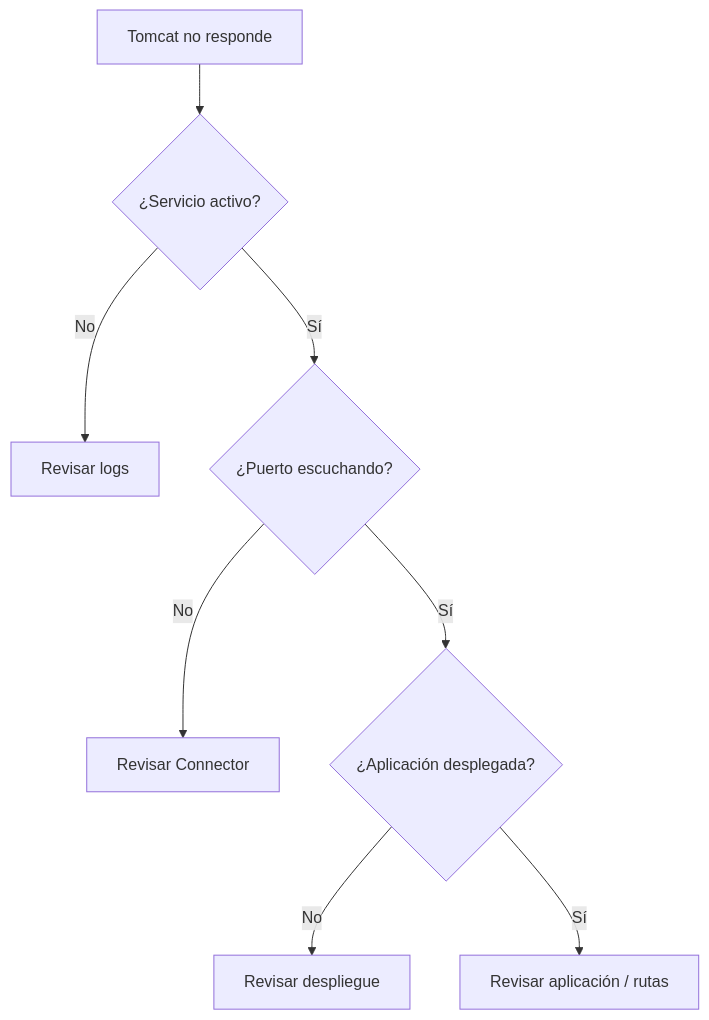
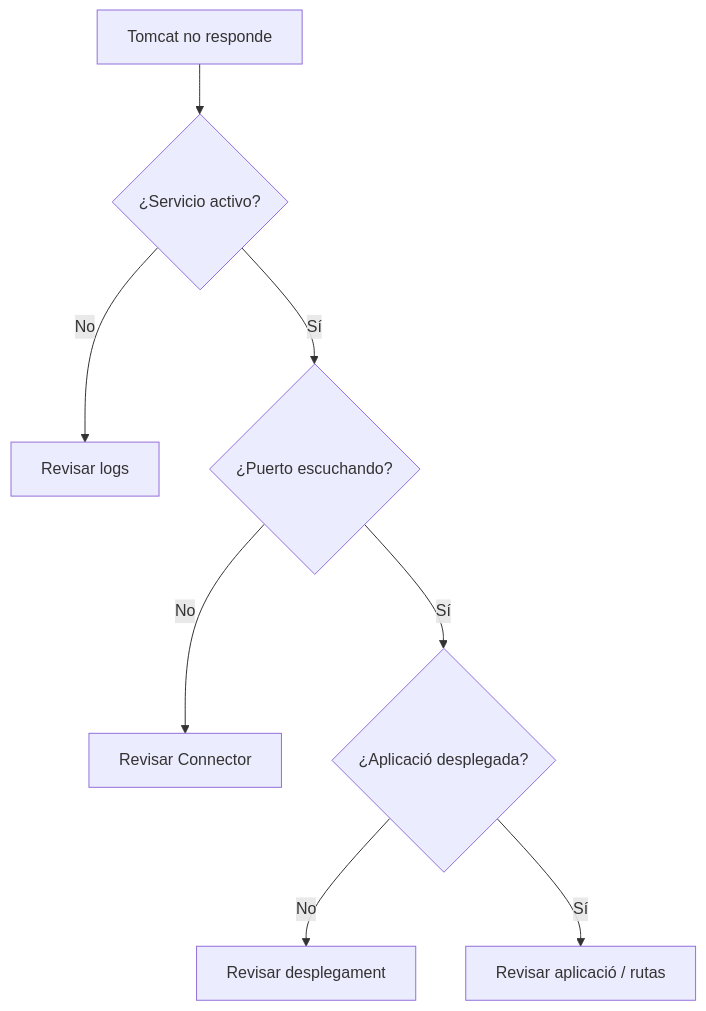
The fifth of 5 diagrams in docs/daw-daw/up3/02-configuracion-bibliotecas.md (jordicido/jordicina), drawn with Mermaid before and after one commit. The commit also changed other lines of this file and 10 other files, not shown here.

````diff
--- a/docs/daw-daw/up3/02-configuracion-bibliotecas.md
+++ b/docs/daw-daw/up3/02-configuracion-bibliotecas.md
@@ -506,10 +506,10 @@
 ```mermaid
 flowchart TD
     A["Tomcat no responde"] --> B{"¿Servicio activo?"}
     B -->|No| C["Revisar logs"]
     B -->|Sí| D{"¿Puerto escuchando?"}
     D -->|No| E["Revisar Connector"]
-    D -->|Sí| F{"¿Aplicación desplegada?"}
-    F -->|No| G["Revisar despliegue"]
-    F -->|Sí| H["Revisar aplicación / rutas"]
+    D -->|Sí| F{"¿Aplicació desplegada?"}
+    F -->|No| G["Revisar desplegament"]
+    F -->|Sí| H["Revisar aplicació / rutas"]
 ```
````
